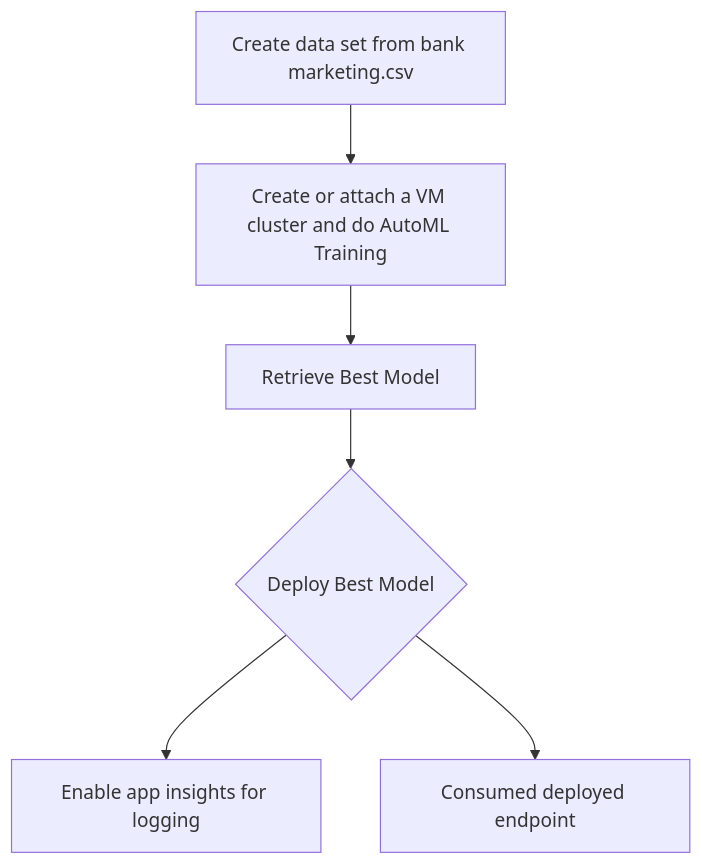
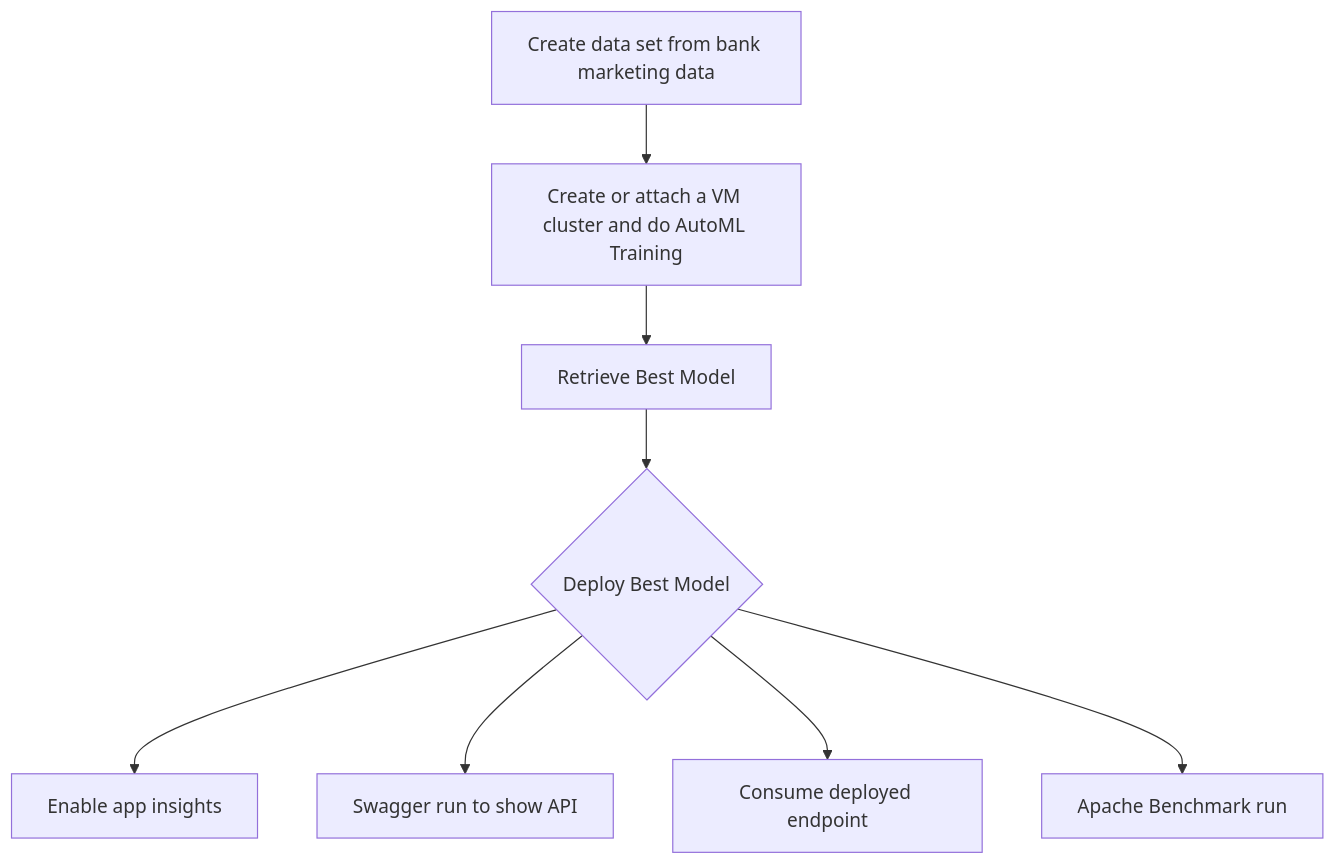
Before and after one commit to leonchen34/nd00333_AZMLND_Project2: the first of 2 diagrams in README.md, drawn with Mermaid. The commit also changed other lines of this file and 1 other file, not shown here.

````diff
--- a/README.md
+++ b/README.md
@@ -11,8 +11,10 @@
 ```mermaid
 flowchart TD
-	A[Create data set from bank marketing.csv] --> B[Create or attach a VM cluster and do AutoML Training]
+	A[Create data set from bank marketing data] --> B[Create or attach a VM cluster and do AutoML Training]
 	B --> C[Retrieve Best Model]
 	C --> D{Deploy Best Model}
-	D --> E[Enable app insights for logging]
-	D --> F[Consumed deployed endpoint]
+	D --> E[Enable app insights]
+	D --> F[Swagger run to show API]
+	D --> G[Consume deployed endpoint]
+	D --> H[Apache Benchmark run]
 ```
````
